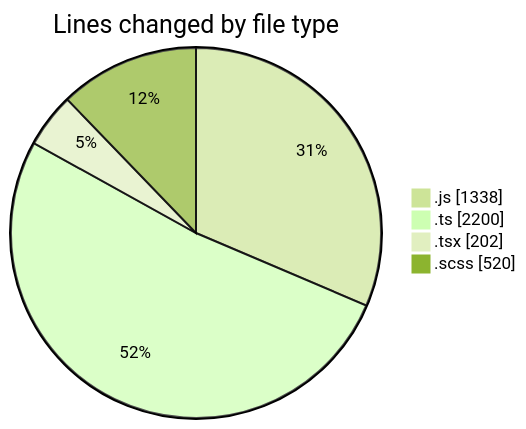
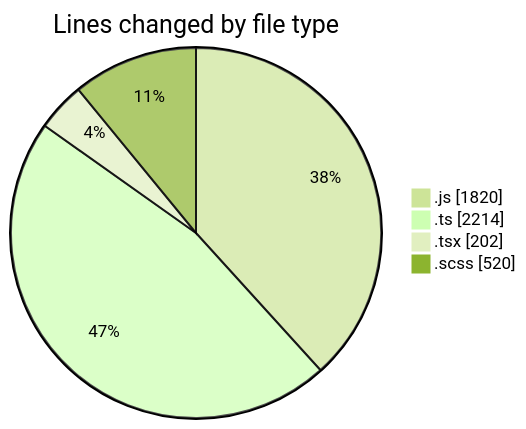
One commit to momahboobian/code-tracking changed the first of 2 diagrams in 2025-06-18/cda/README.md. Above: the diagram before and after it, drawn with Mermaid (forest theme). The commit also changed other lines of this file and 1 other file, not shown here.

````diff
--- a/2025-06-18/cda/README.md
+++ b/2025-06-18/cda/README.md
@@ -40,8 +40,8 @@
 ```mermaid
 pie showData
 title Lines changed by file type
-".js" : 1338
-".ts" : 2200
+".js" : 1820
+".ts" : 2214
 ".tsx" : 202
 ".scss" : 520
 ```
````
